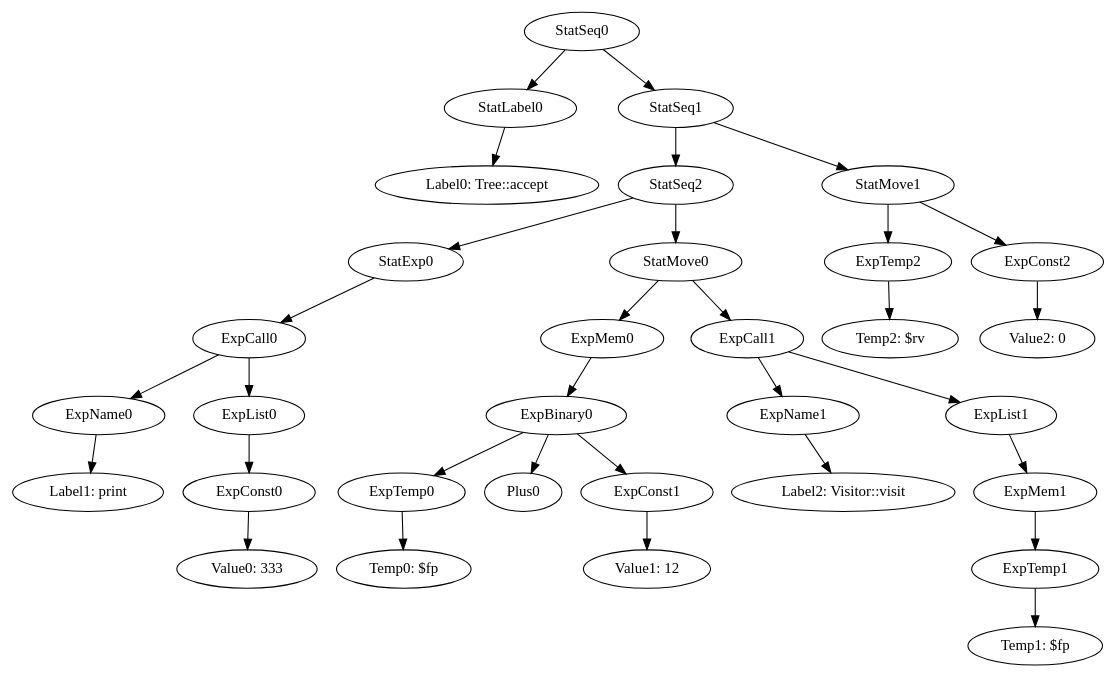
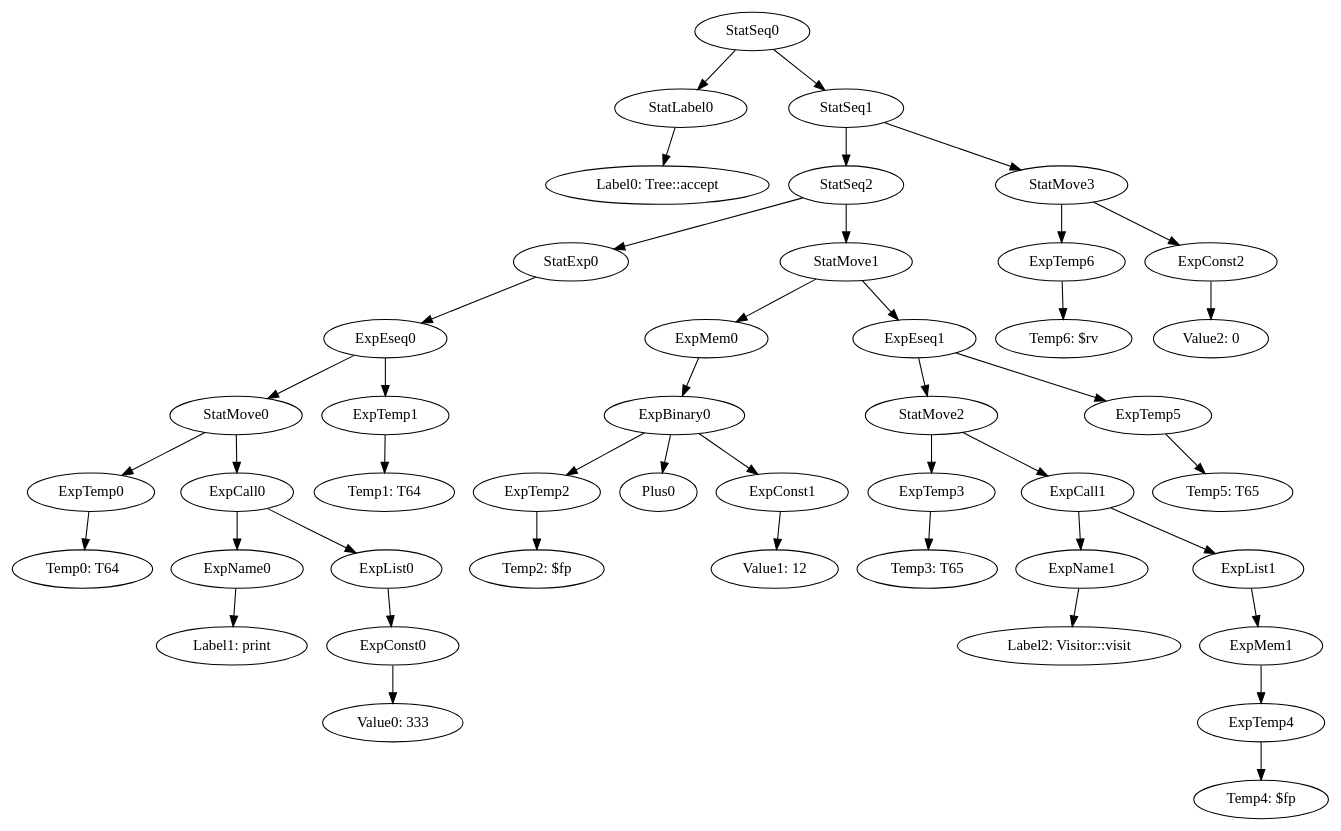
Before and after one commit to team-compilers/compilers: the diagram in MiniJava/results/SamplesCorrect/TreeVisitor/irtCanon_Tree::accept.gv, drawn with Graphviz. The commit also changed 106 other files, not shown here.

```diff
--- a/MiniJava/results/SamplesCorrect/TreeVisitor/irtCanon_Tree::accept.gv
+++ b/MiniJava/results/SamplesCorrect/TreeVisitor/irtCanon_Tree::accept.gv
@@ -1,34 +1,46 @@
 digraph {
 	ordering = out;
 	ExpConst2 -> "Value2: 0";
-	ExpTemp2 -> "Temp2: $rv";
-	ExpTemp1 -> "Temp1: $fp";
-	StatMove0 -> ExpMem0;
-	StatMove0 -> ExpCall1;
-	ExpMem0 -> ExpBinary0;
-	StatMove1 -> ExpTemp2;
-	StatMove1 -> ExpConst2;
-	ExpList1 -> ExpMem1;
-	ExpName1 -> "Label2: Visitor::visit";
-	ExpConst1 -> "Value1: 12";
+	StatMove3 -> ExpTemp6;
+	StatMove3 -> ExpConst2;
+	ExpTemp6 -> "Temp6: $rv";
+	ExpMem1 -> ExpTemp4;
+	ExpEseq0 -> StatMove0;
+	ExpEseq0 -> ExpTemp1;
+	ExpList0 -> ExpConst0;
+	ExpCall1 -> ExpName1;
+	ExpCall1 -> ExpList1;
+	ExpCall0 -> ExpName0;
+	ExpCall0 -> ExpList0;
+	ExpTemp4 -> "Temp4: $fp";
 	ExpName0 -> "Label1: print";
+	ExpConst0 -> "Value0: 333";
+	StatLabel0 -> "Label0: Tree::accept";
+	ExpTemp5 -> "Temp5: T65";
+	ExpTemp1 -> "Temp1: T64";
 	StatSeq0 -> StatLabel0;
 	StatSeq0 -> StatSeq1;
-	StatSeq1 -> StatSeq2;
-	StatSeq1 -> StatMove1;
-	ExpCall0 -> ExpName0;
-	ExpCall0 -> ExpList0;
+	ExpTemp3 -> "Temp3: T65";
+	ExpTemp0 -> "Temp0: T64";
+	StatExp0 -> ExpEseq0;
+	ExpEseq1 -> StatMove2;
+	ExpEseq1 -> ExpTemp5;
+	StatMove0 -> ExpTemp0;
+	StatMove0 -> ExpCall0;
 	StatSeq2 -> StatExp0;
-	StatSeq2 -> StatMove0;
-	StatLabel0 -> "Label0: Tree::accept";
-	ExpMem1 -> ExpTemp1;
-	ExpConst0 -> "Value0: 333";
-	ExpCall1 -> ExpName1;
-	ExpCall1 -> ExpList1;
-	ExpList0 -> ExpConst0;
-	StatExp0 -> ExpCall0;
-	ExpTemp0 -> "Temp0: $fp";
-	ExpBinary0 -> ExpTemp0;
+	StatSeq2 -> StatMove1;
+	ExpTemp2 -> "Temp2: $fp";
+	StatMove2 -> ExpTemp3;
+	StatMove2 -> ExpCall1;
+	ExpBinary0 -> ExpTemp2;
 	ExpBinary0 -> Plus0;
 	ExpBinary0 -> ExpConst1;
+	StatSeq1 -> StatSeq2;
+	StatSeq1 -> StatMove3;
+	ExpConst1 -> "Value1: 12";
+	StatMove1 -> ExpMem0;
+	StatMove1 -> ExpEseq1;
+	ExpName1 -> "Label2: Visitor::visit";
+	ExpList1 -> ExpMem1;
+	ExpMem0 -> ExpBinary0;
 }
```
